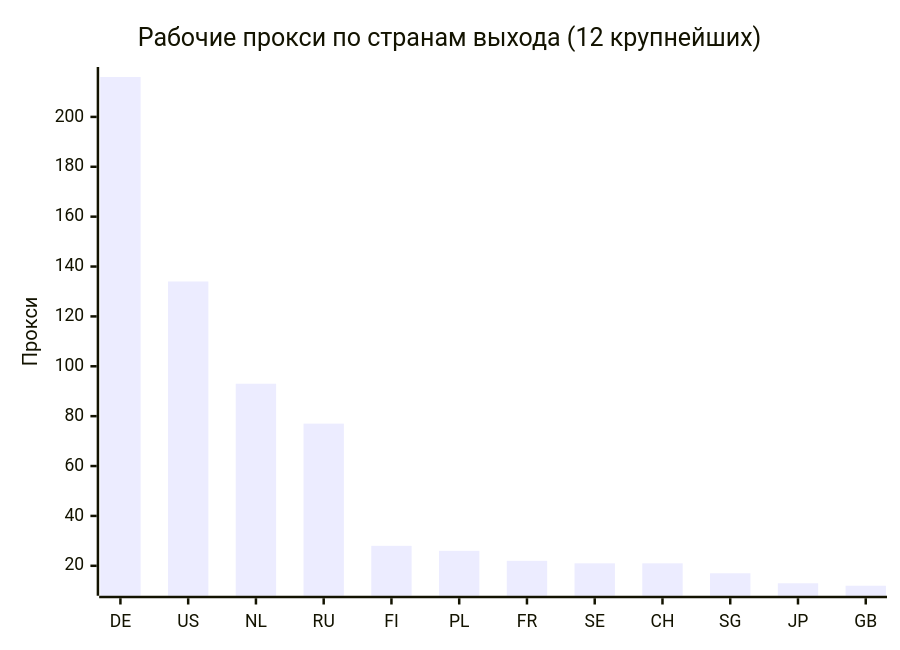
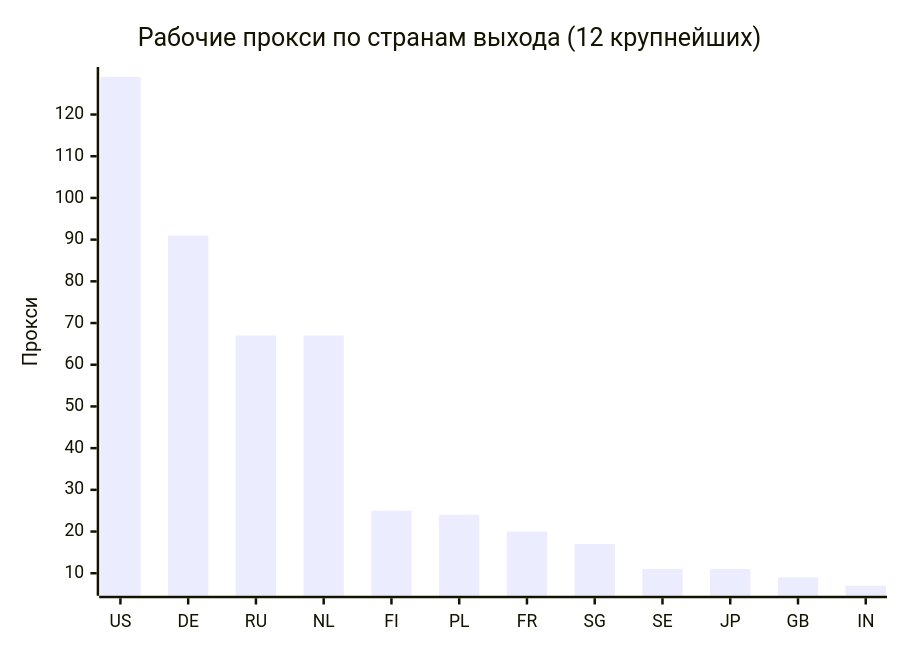
The second of 4 diagrams in README.md (rvvg/proxy-subs), drawn with Mermaid before and after one commit. The commit also changed other lines of this file and 52 other files, not shown here.

````diff
--- a/README.md
+++ b/README.md
@@ -130,7 +128,7 @@
 ```mermaid
 xychart-beta
     title "Рабочие прокси по странам выхода (12 крупнейших)"
-    x-axis ["DE", "US", "NL", "RU", "FI", "PL", "FR", "SE", "CH", "SG", "JP", "GB"]
+    x-axis ["US", "DE", "RU", "NL", "FI", "PL", "FR", "SG", "SE", "JP", "GB", "IN"]
     y-axis "Прокси"
-    bar [216, 134, 93, 77, 28, 26, 22, 21, 21, 17, 13, 12]
+    bar [129, 91, 67, 67, 25, 24, 20, 17, 11, 11, 9, 7]
 ```
````
